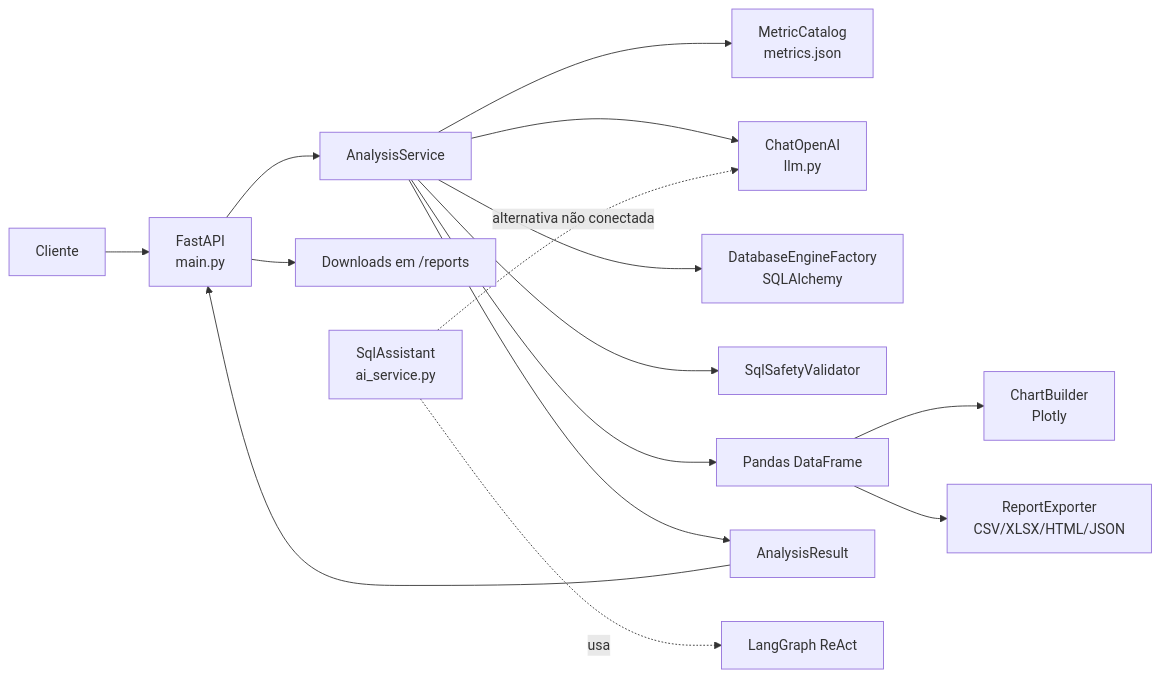
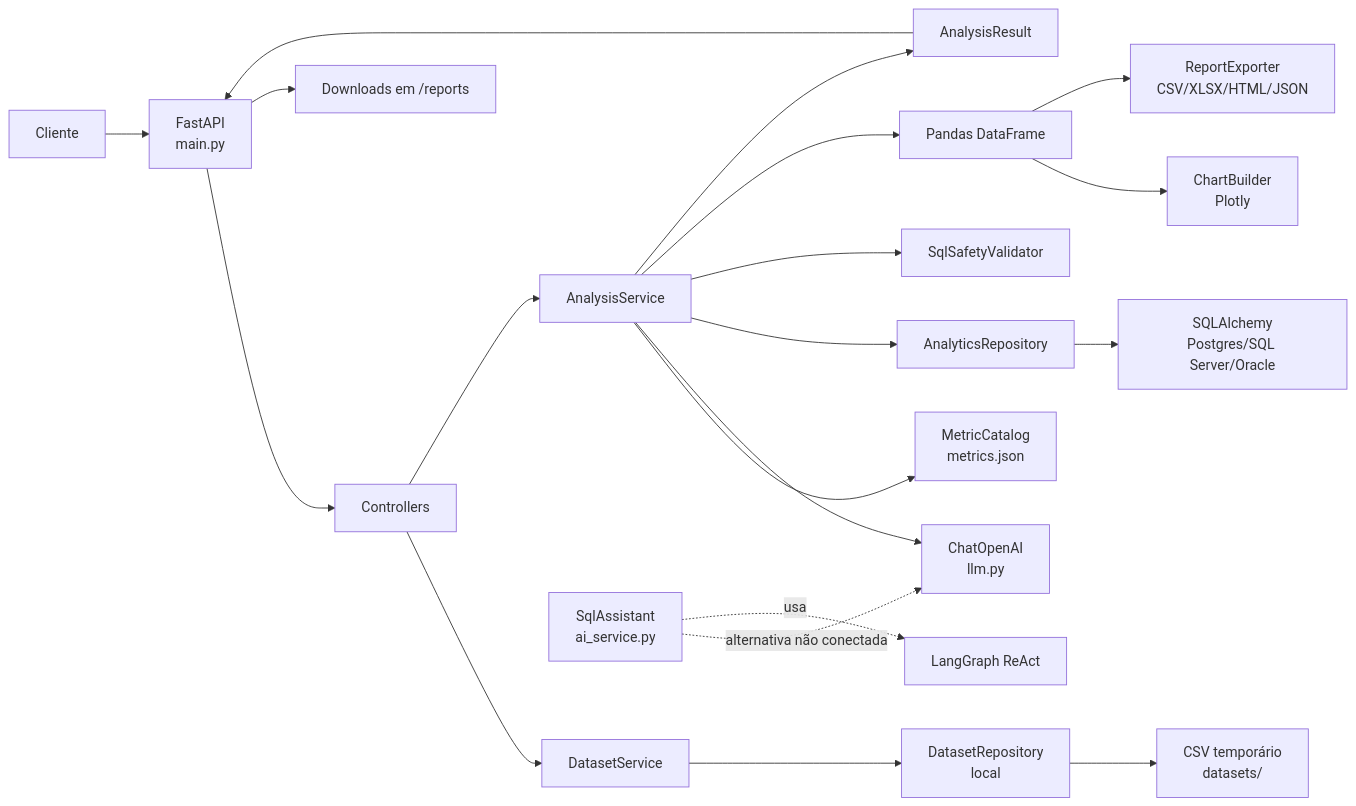
Before and after one commit to ProxDouglas/report-manager: the first of 2 diagrams in relatorios-service/Arquitetura.md, drawn with Mermaid. The commit also changed other lines of this file and 31 other files, not shown here.

````diff
--- a/relatorios-service/Arquitetura.md
+++ b/relatorios-service/Arquitetura.md
@@ -38,18 +44,23 @@
 ```mermaid
 flowchart LR
     C[Cliente] --> API[FastAPI<br/>main.py]
-    API --> AS[AnalysisService]
+    API --> CTRL[Controllers]
+    CTRL --> DS[DatasetService]
+    DS --> DR[DatasetRepository<br/>local]
+    DR --> CSV[CSV temporário<br/>datasets/]
+    CTRL --> AS[AnalysisService]
     AS --> CAT[MetricCatalog<br/>metrics.json]
     AS --> LLM[ChatOpenAI<br/>llm.py]
-    AS --> DB[DatabaseEngineFactory<br/>SQLAlchemy]
+    AS --> AR[AnalyticsRepository]
+    AR --> DB[SQLAlchemy<br/>Postgres/SQL Server/Oracle]
     AS --> SAFE[SqlSafetyValidator]
     AS --> DATA[Pandas DataFrame]
     DATA --> CHART[ChartBuilder<br/>Plotly]
     DATA --> EXPORT[ReportExporter<br/>CSV/XLSX/HTML/JSON]
     AS --> RESULT[AnalysisResult]
     RESULT --> API
     API --> DOWNLOAD[Downloads em /reports]
 
     ALT[SqlAssistant<br/>ai_service.py] -. alternativa não conectada .-> LLM
     ALT -. usa .-> AGENT[LangGraph ReAct]
 ```
````
